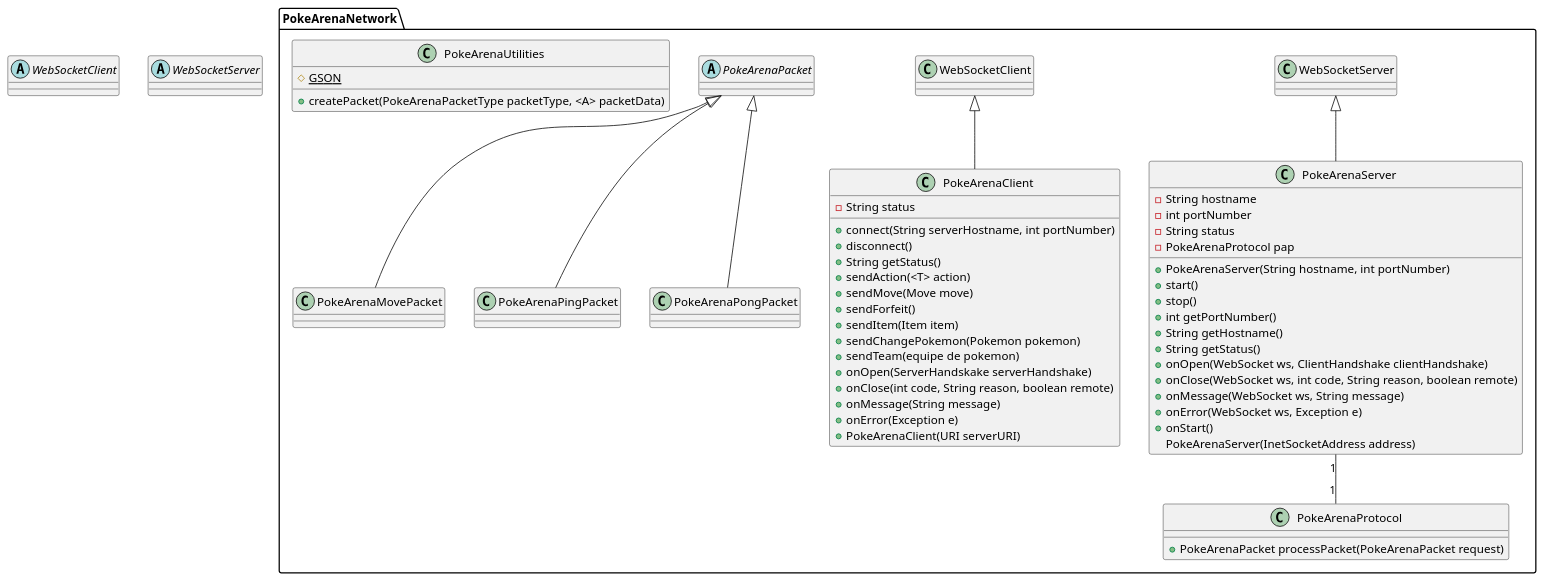
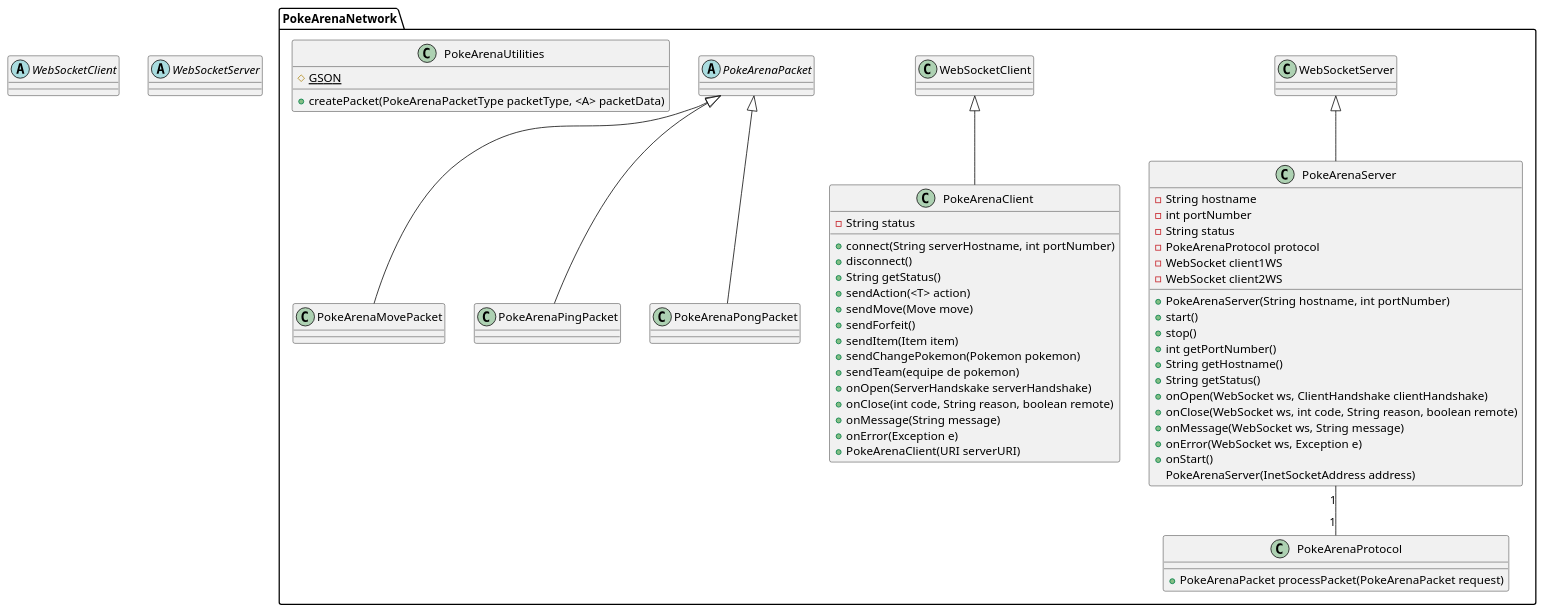
One commit to greenananas/PokeArena changed the diagram in PokeArenaNetwork/PokeArenaNetwork-Class-Diagram.puml. Above: the diagram before and after it, drawn with PlantUML. The commit also changed 5 other files, not shown here.

```diff
--- a/PokeArenaNetwork/PokeArenaNetwork-Class-Diagram.puml
+++ b/PokeArenaNetwork/PokeArenaNetwork-Class-Diagram.puml
@@ -1,64 +1,66 @@
 @startuml
 'https://plantuml.com/sequence-diagram
 
 abstract WebSocketClient {}
 abstract WebSocketServer {}
 
 package PokeArenaNetwork {
 
 class PokeArenaServer extends WebSocketServer {
 -String hostname
 -int portNumber
 -String status
--PokeArenaProtocol pap
+-PokeArenaProtocol protocol
+-WebSocket client1WS
+-WebSocket client2WS
 +PokeArenaServer(String hostname, int portNumber)
 +start()
 +stop()
 +int getPortNumber()
 +String getHostname()
 +String getStatus()
 +onOpen(WebSocket ws, ClientHandshake clientHandshake)
 +onClose(WebSocket ws, int code, String reason, boolean remote)
 +onMessage(WebSocket ws, String message)
 +onError(WebSocket ws, Exception e)
 +onStart()
 PokeArenaServer(InetSocketAddress address)
 }
 
 PokeArenaServer "1" -- "1" PokeArenaProtocol
 
 class PokeArenaClient extends WebSocketClient {
 -String status
 +connect(String serverHostname, int portNumber)
 +disconnect()
 +String getStatus()
 +sendAction(<T> action)
 +sendMove(Move move)
 +sendForfeit()
 +sendItem(Item item)
 +sendChangePokemon(Pokemon pokemon)
 +sendTeam(equipe de pokemon)
 +onOpen(ServerHandskake serverHandshake)
 +onClose(int code, String reason, boolean remote)
 +onMessage(String message)
 +onError(Exception e)
 +PokeArenaClient(URI serverURI)
 }
 
 class PokeArenaProtocol{
     +PokeArenaPacket processPacket(PokeArenaPacket request)
 }
 
 abstract PokeArenaPacket {
 }
 
 class PokeArenaMovePacket extends PokeArenaPacket
 class PokeArenaPingPacket extends PokeArenaPacket
 class PokeArenaPongPacket extends PokeArenaPacket
 
 class PokeArenaUtilities {
 #{static}GSON
 +createPacket(PokeArenaPacketType packetType, <A> packetData)
 }
 
 @enduml
```
